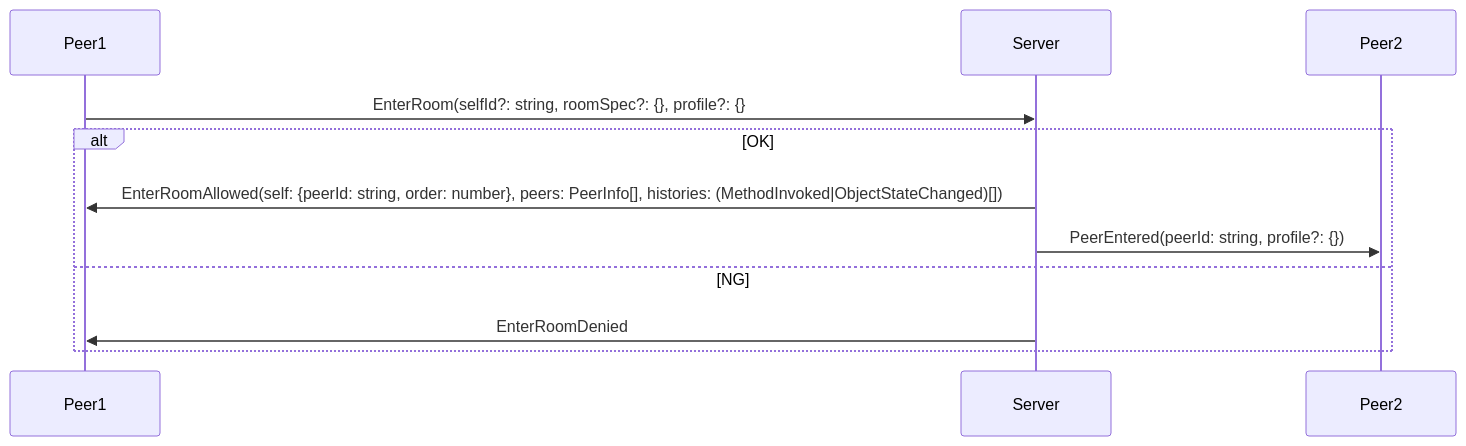
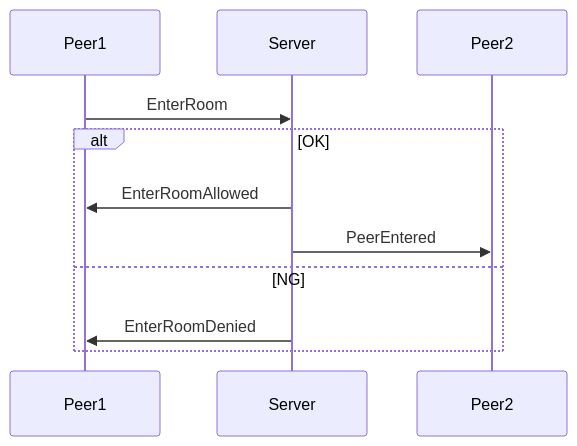
The second of 4 diagrams in README.md (kcg-edu-future-lab/madoi), drawn with Mermaid before and after one commit. The commit also changed other lines of this file and 1 other file, not shown here.

````diff
--- a/README.md
+++ b/README.md
@@ -122,10 +191,10 @@
 ```mermaid
 sequenceDiagram
-  Peer1->>Server: EnterRoom(selfId?: string, roomSpec?: {}, profile?: {}
+  Peer1->>Server: EnterRoom
   alt OK
-    Server->>Peer1: EnterRoomAllowed(self: {peerId: string, order: number}, peers: PeerInfo[], histories: (MethodInvoked|ObjectStateChanged)[])
-    Server->>Peer2: PeerEntered(peerId: string, profile?: {})
+    Server->>Peer1: EnterRoomAllowed
+    Server->>Peer2: PeerEntered
   else NG
     Server->>Peer1: EnterRoomDenied
   end  
 ```
````
